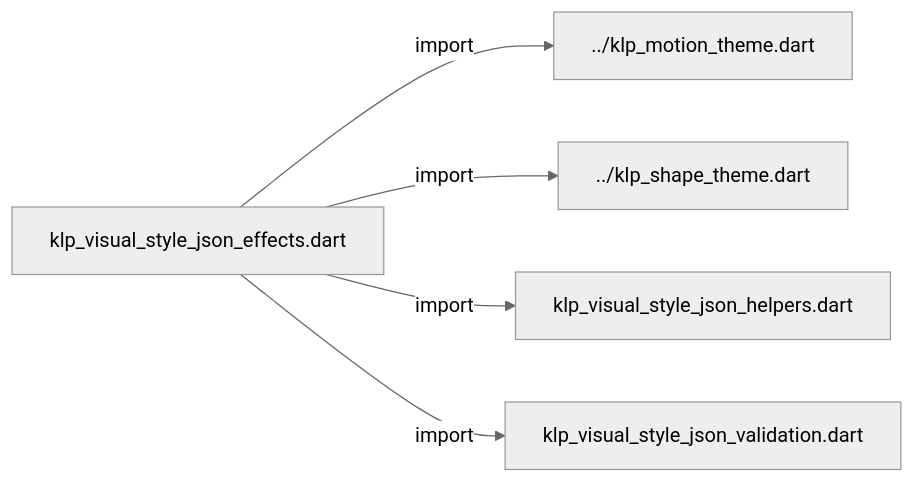
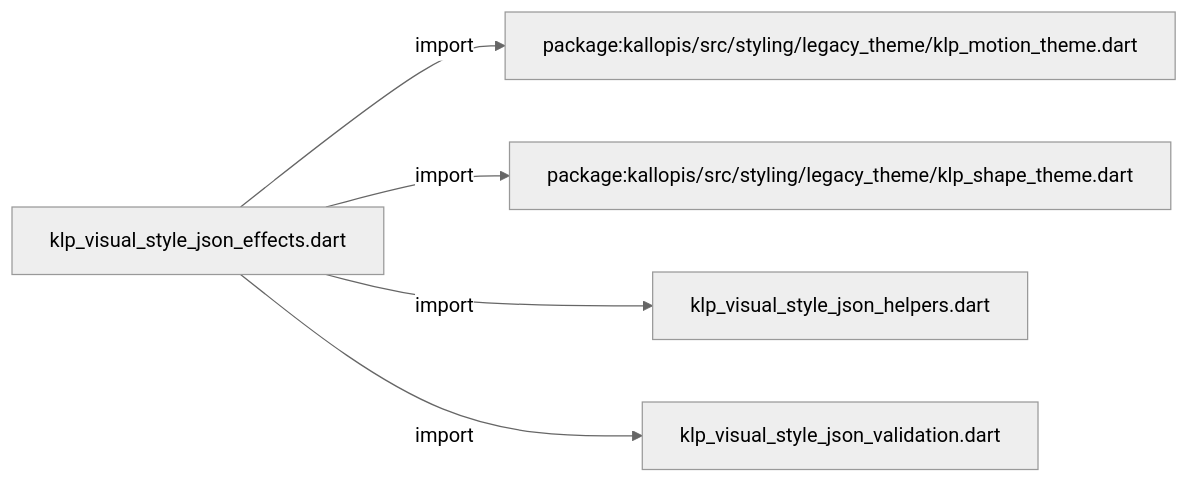
One commit to MiuDog/Kallopis changed the diagram in docs/architecture/src/styling/legacy_theme/internal/klp_visual_style_json_effects.md. Above: the diagram before and after it, drawn with Mermaid (neutral theme). The commit also changed other lines of this file and 9688 other files, not shown here.

Commit message:
Prepare isolated Flow F2 peer baseline

````diff
--- a/docs/architecture/src/styling/legacy_theme/internal/klp_visual_style_json_effects.md
+++ b/docs/architecture/src/styling/legacy_theme/internal/klp_visual_style_json_effects.md
@@ -11,12 +11,12 @@
 ```mermaid
 flowchart LR
 	n0["klp_visual_style_json_effects.dart"]
-	n1["../klp_motion_theme.dart"]
-	n2["../klp_shape_theme.dart"]
+	n1["package:kallopis/src/styling/legacy_theme/klp_motion_theme.dart"]
+	n2["package:kallopis/src/styling/legacy_theme/klp_shape_theme.dart"]
 	n3["klp_visual_style_json_helpers.dart"]
 	n4["klp_visual_style_json_validation.dart"]
 	n0 -->|"import"| n1
 	n0 -->|"import"| n2
 	n0 -->|"import"| n3
 	n0 -->|"import"| n4
 ```
````
